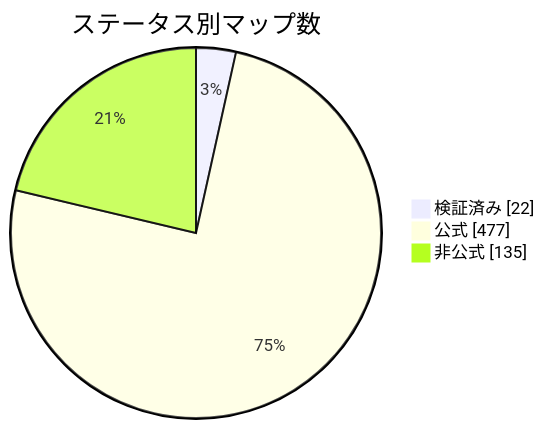
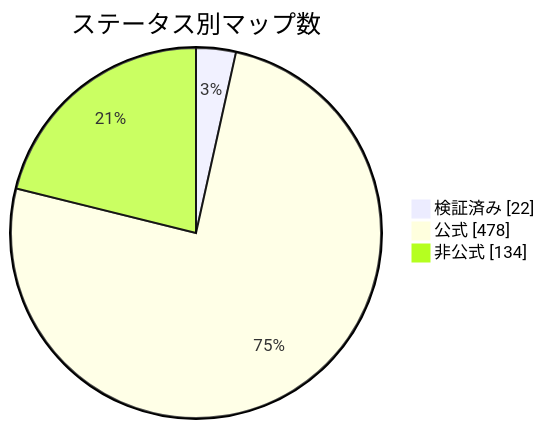
Before and after one commit to nobrega8/mbmap-library: the diagram in docs/readme/README_JP.md, drawn with Mermaid. The commit also changed 6 other files, not shown here.

````diff
--- a/docs/readme/README_JP.md
+++ b/docs/readme/README_JP.md
@@ -54,7 +54,7 @@
 ```mermaid
 pie showData
     title ステータス別マップ数
     "検証済み" : 22
-    "公式" : 477
-    "非公式" : 135
+    "公式" : 478
+    "非公式" : 134
 ```
````
